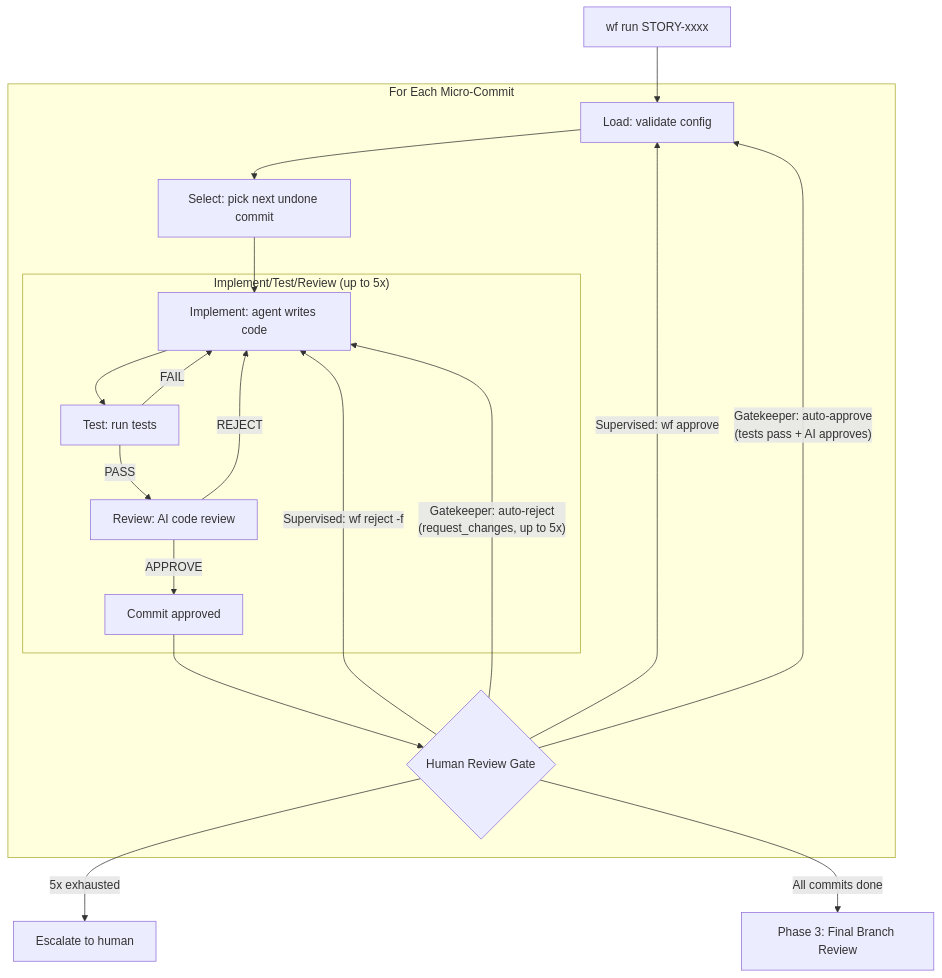
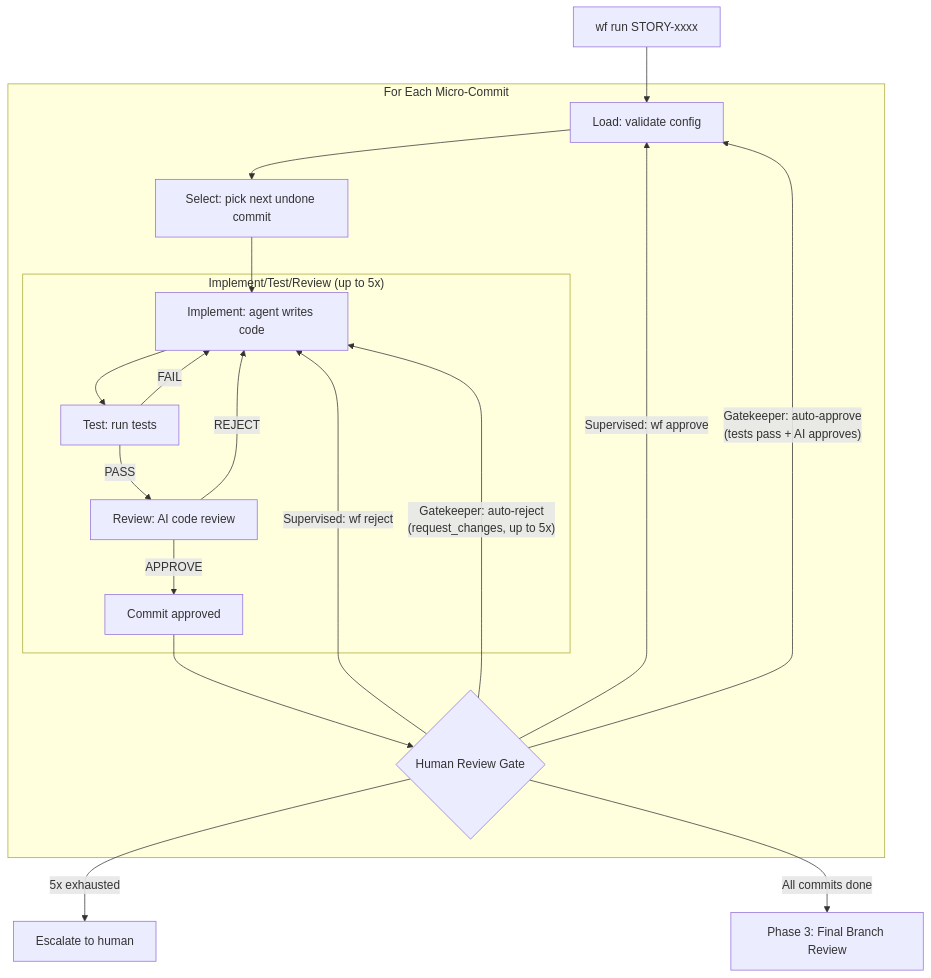
The third of 11 diagrams in docs/WF.md (codr1/hashd-code), drawn with Mermaid before and after one commit. The commit also changed other lines of this file and 6 other files, not shown here.

````diff
--- a/docs/WF.md
+++ b/docs/WF.md
@@ -179,27 +242,27 @@
 ```mermaid
 flowchart TD
     START["wf run STORY-xxxx"] --> LOAD[Load: validate config]
 
     subgraph EACH["For Each Micro-Commit"]
         LOAD --> SELECT[Select: pick next undone commit]
         SELECT --> IMPL
 
         subgraph ITR["Implement/Test/Review (up to 5x)"]
             IMPL[Implement: agent writes code] --> TEST[Test: run tests]
             TEST -->|FAIL| IMPL
             TEST -->|PASS| REVIEW[Review: AI code review]
             REVIEW -->|REJECT| IMPL
             REVIEW -->|APPROVE| DONE[Commit approved]
         end
 
         DONE --> GATE{Human Review Gate}
     end
 
     GATE -->|"Supervised: wf approve"| LOAD
-    GATE -->|"Supervised: wf reject -f"| IMPL
+    GATE -->|"Supervised: wf reject"| IMPL
     GATE -->|"Gatekeeper: auto-approve\n(tests pass + AI approves)"| LOAD
     GATE -->|"Gatekeeper: auto-reject\n(request_changes, up to 5x)"| IMPL
     GATE -->|"5x exhausted"| HITL[Escalate to human]
 
     GATE -->|All commits done| NEXT[Phase 3: Final Branch Review]
 ```
````
